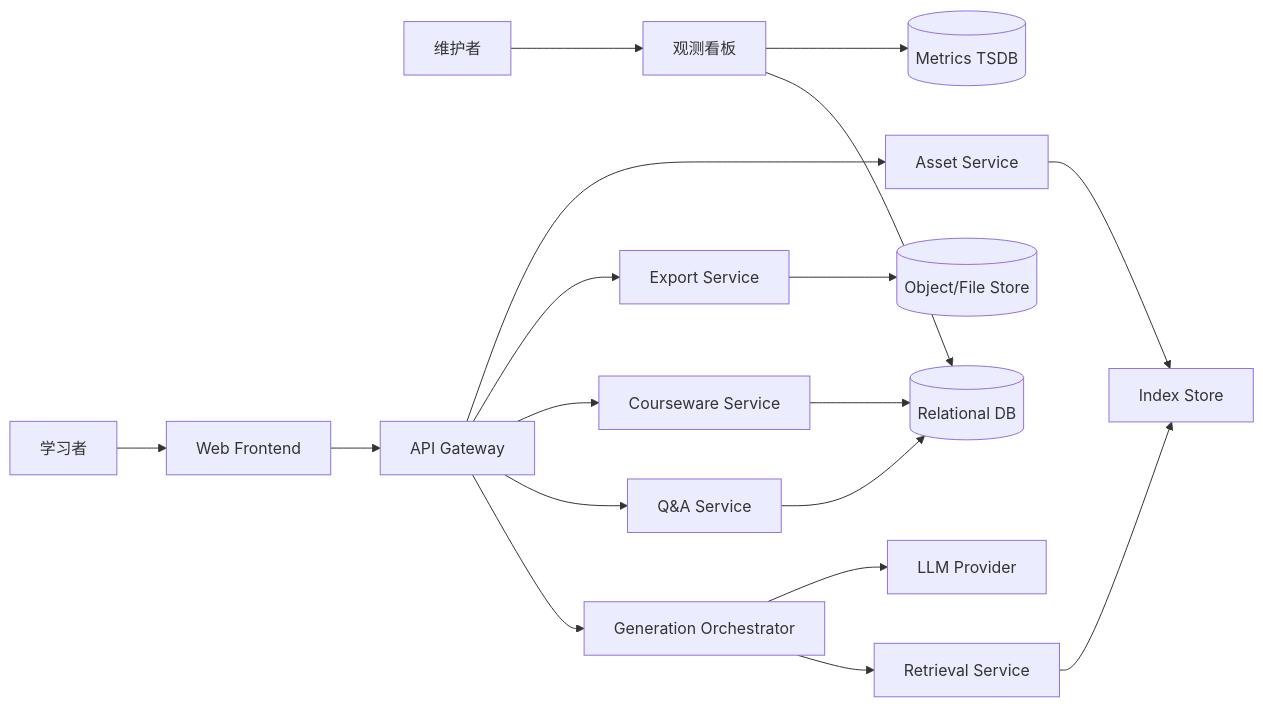
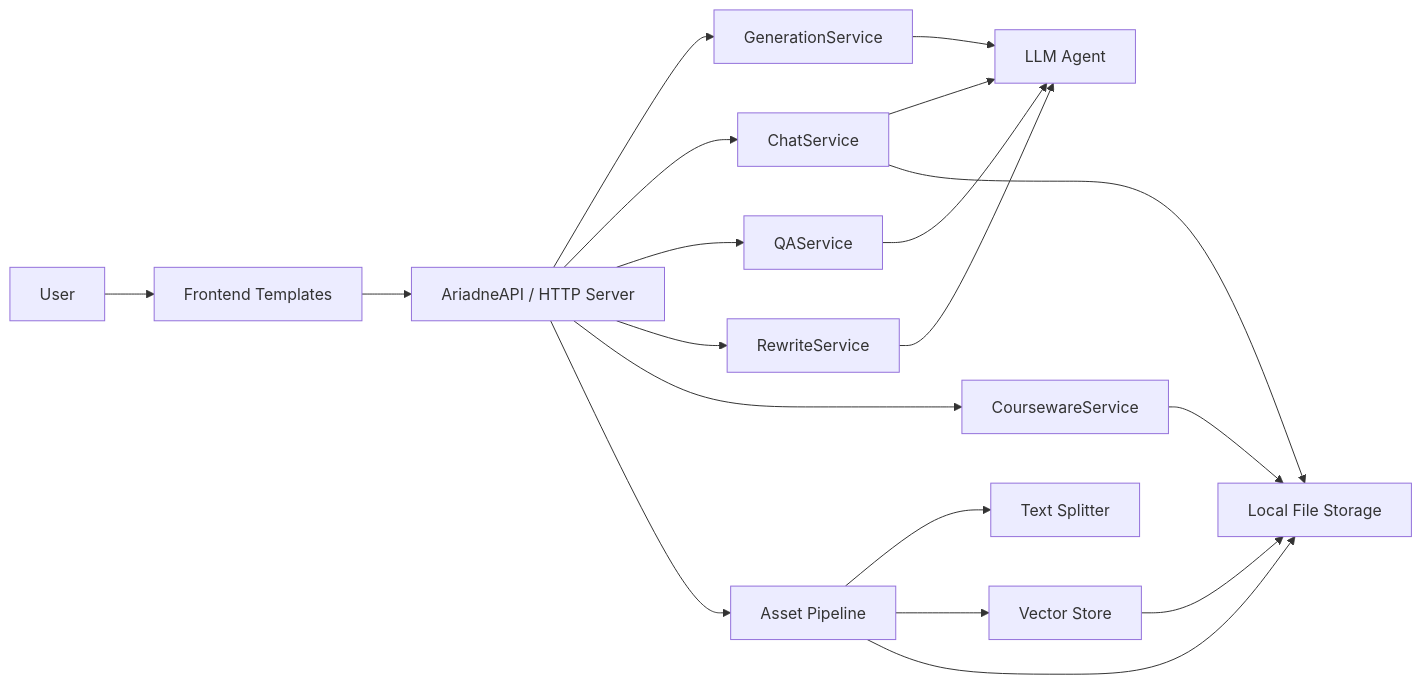
Before and after one commit to HerculeLiu/Ariadne: the first of 5 diagrams in 架构文档.md, drawn with Mermaid. The commit also changed other lines of this file and 2 other files, not shown here.

Commit message:
docs: align architecture and API docs with current implementation

````diff
--- a/架构文档.md
+++ b/架构文档.md
@@ -19,20 +22,24 @@
 ```mermaid
 flowchart LR
-  U[学习者] --> FE[Web Frontend]
-  M[维护者] --> OBS[观测看板]
-  FE --> GW[API Gateway]
-  GW --> ORCH[Generation Orchestrator]
-  GW --> QA[Q&A Service]
-  GW --> CW[Courseware Service]
-  GW --> EX[Export Service]
-  GW --> AS[Asset Service]
-  ORCH --> RET[Retrieval Service]
-  ORCH --> LLM[LLM Provider]
-  RET --> IDX[Index Store]
-  AS --> IDX
-  CW --> DB[(Relational DB)]
-  QA --> DB
-  EX --> FS[(Object/File Store)]
-  OBS --> DB
-  OBS --> MET[(Metrics TSDB)]
+  U["User"] --> FE["Frontend Templates"]
+  FE --> API["AriadneAPI / HTTP Server"]
+  API --> GEN["GenerationService"]
+  API --> CHAT["ChatService"]
+  API --> QA["QAService"]
+  API --> RW["RewriteService"]
+  API --> CW["CoursewareService"]
+  API --> AS["Asset Pipeline"]
+
+  GEN --> LLM["LLM Agent"]
+  CHAT --> LLM
+  QA --> LLM
+  RW --> LLM
+
+  AS --> SPLIT["Text Splitter"]
+  AS --> VS["Vector Store"]
+
+  CW --> FS["Local File Storage"]
+  CHAT --> FS
+  AS --> FS
+  VS --> FS
 ```
````
